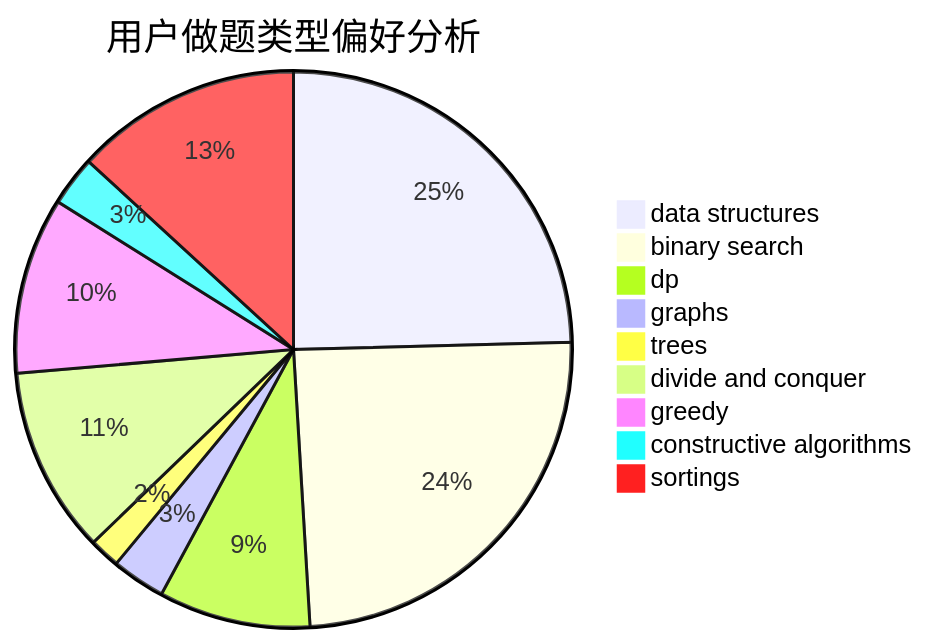
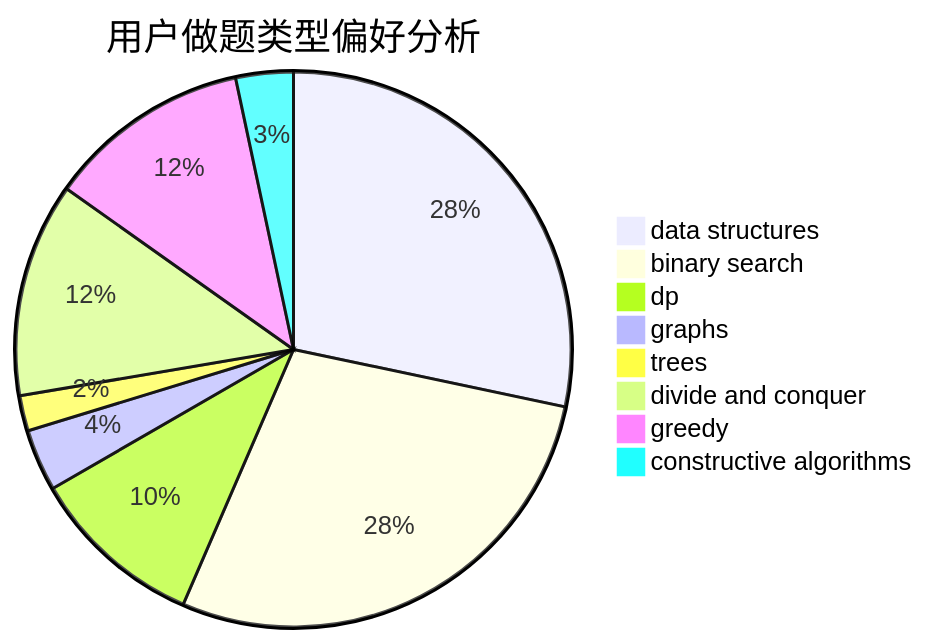
Before and after one commit to sherpahu/cfrs.github.io: the second of 3 diagrams in docs/user/u1734.md, drawn with Mermaid. The commit also changed other lines of this file and 2769 other files, not shown here.

````diff
--- a/docs/user/u1734.md
+++ b/docs/user/u1734.md
@@ -18,12 +18,11 @@
 ```mermaid
 pie title 用户做题类型偏好分析
     "data structures" :  220
     "binary search" :  219
     "dp" :  79
     "graphs" :  28
     "trees" :  16
     "divide and conquer" :  97
     "greedy" :  92
     "constructive algorithms" :  26
-    "sortings" :  118
 ```
````
